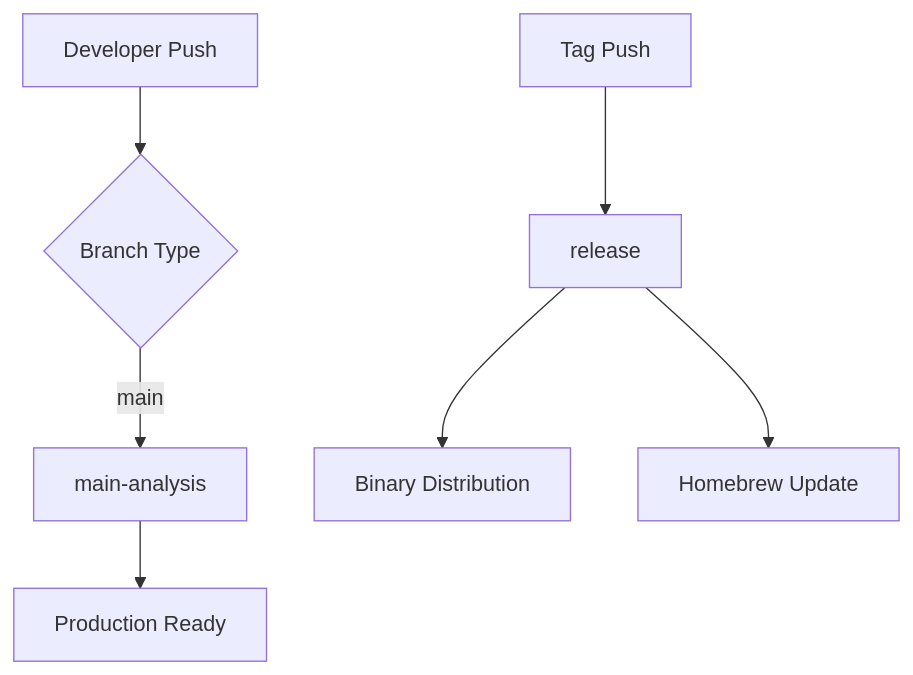
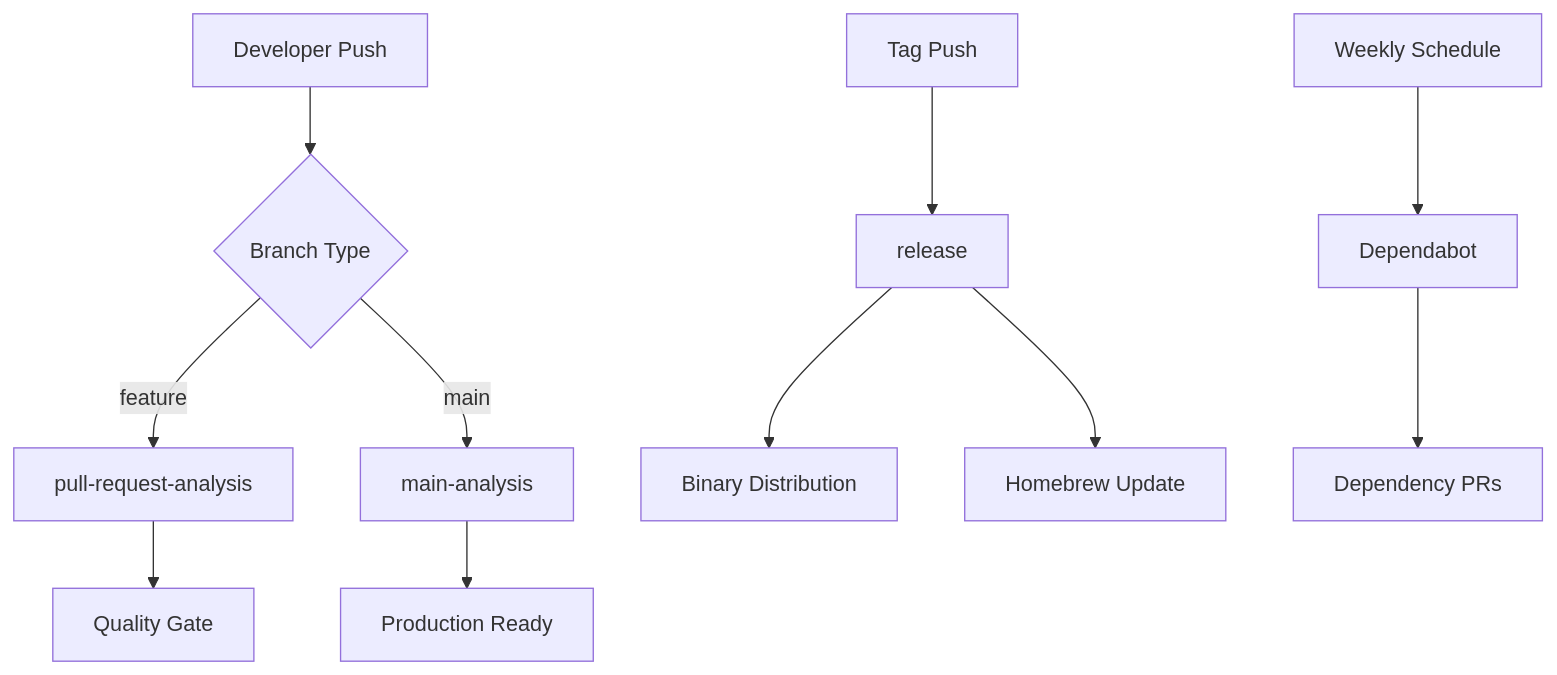
One commit to ericodx/swift-member-lineup changed the first of 6 diagrams in Docs/CI/README.md. Above: the diagram before and after it, drawn with Mermaid. The commit also changed other lines of this file, not shown here.

Commit message:
docs: update CI README with PR analysis and Dependabot

````diff
--- a/Docs/CI/README.md
+++ b/Docs/CI/README.md
@@ -47,11 +74,16 @@
 ```mermaid
 flowchart TD
     A[Developer Push] --> B{Branch Type}
-    B -->|main| C[main-analysis]
+    B -->|feature| C[pull-request-analysis]
+    B -->|main| D[main-analysis]
 
-    C --> D[Production Ready]
+    C --> E[Quality Gate]
+    D --> F[Production Ready]
 
-    E[Tag Push] --> F[release]
-    F --> G[Binary Distribution]
-    F --> H[Homebrew Update]
+    G[Tag Push] --> H[release]
+    H --> I[Binary Distribution]
+    H --> J[Homebrew Update]
+
+    K[Weekly Schedule] --> L[Dependabot]
+    L --> M[Dependency PRs]
 ```
````
